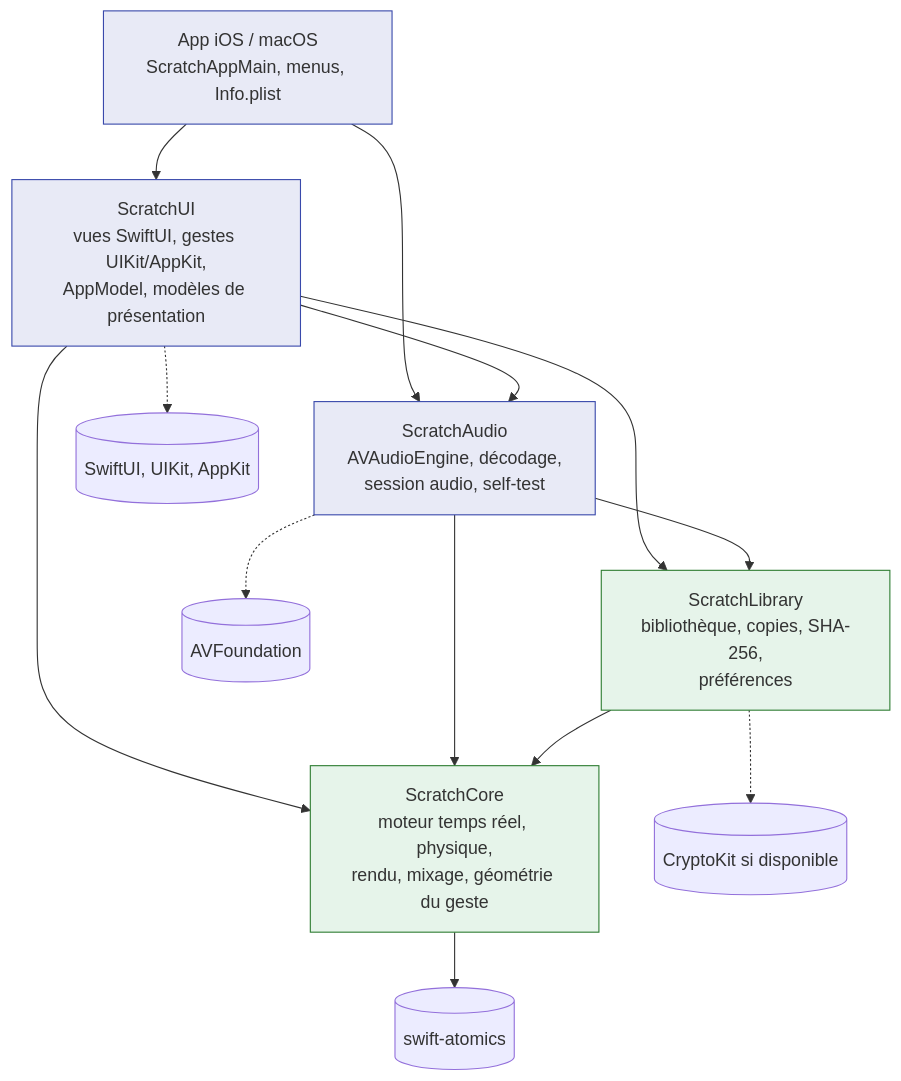
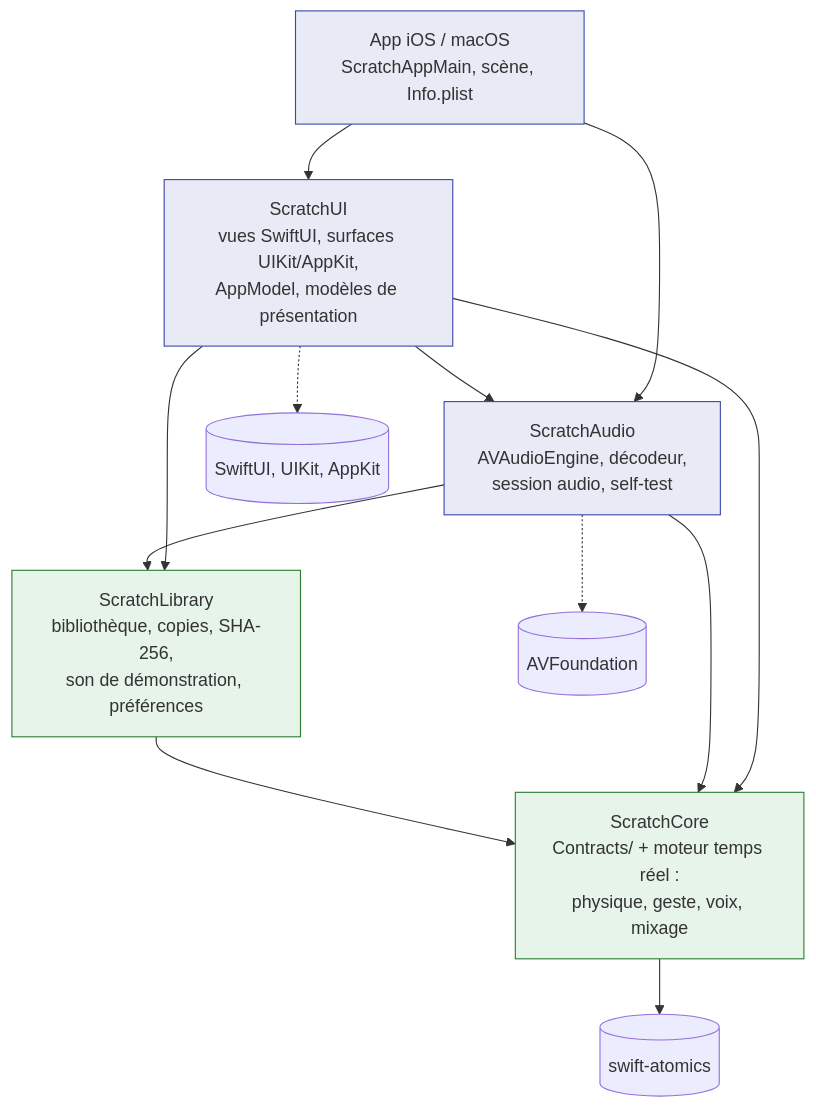
The first of 5 diagrams in docs/bmad/architecture.md (fatahbenguenna/scratchApp), drawn with Mermaid before and after one commit. The commit also changed other lines of this file and 47 other files, not shown here.

````diff
--- a/docs/bmad/architecture.md
+++ b/docs/bmad/architecture.md
@@ -63,20 +63,19 @@
 ```mermaid
 graph TD
-    App["App iOS / macOS<br/>ScratchAppMain, menus, Info.plist"] --> UI["ScratchUI<br/>vues SwiftUI, gestes UIKit/AppKit,<br/>AppModel, modèles de présentation"]
+    App["App iOS / macOS<br/>ScratchAppMain, scène, Info.plist"] --> UI["ScratchUI<br/>vues SwiftUI, surfaces UIKit/AppKit,<br/>AppModel, modèles de présentation"]
     App --> Audio
-    UI --> Audio["ScratchAudio<br/>AVAudioEngine, décodage,<br/>session audio, self-test"]
-    UI --> Library["ScratchLibrary<br/>bibliothèque, copies, SHA-256,<br/>préférences"]
-    UI --> Core["ScratchCore<br/>moteur temps réel, physique,<br/>rendu, mixage, géométrie du geste"]
+    UI --> Audio["ScratchAudio<br/>AVAudioEngine, décodeur,<br/>session audio, self-test"]
+    UI --> Library["ScratchLibrary<br/>bibliothèque, copies, SHA-256,<br/>son de démonstration, préférences"]
+    UI --> Core["ScratchCore<br/>Contracts/ + moteur temps réel :<br/>physique, geste, voix, mixage"]
     Audio --> Library
     Audio --> Core
     Library --> Core
     Core --> Atomics[("swift-atomics")]
     Audio -.-> AVF[("AVFoundation")]
     UI -.-> SUI[("SwiftUI, UIKit, AppKit")]
-    Library -.-> CK[("CryptoKit si disponible")]
 
     classDef linux fill:#e6f4ea,stroke:#2e7d32
     classDef apple fill:#e8eaf6,stroke:#3949ab
     class Core,Library linux
     class Audio,UI,App apple
 ```
````
